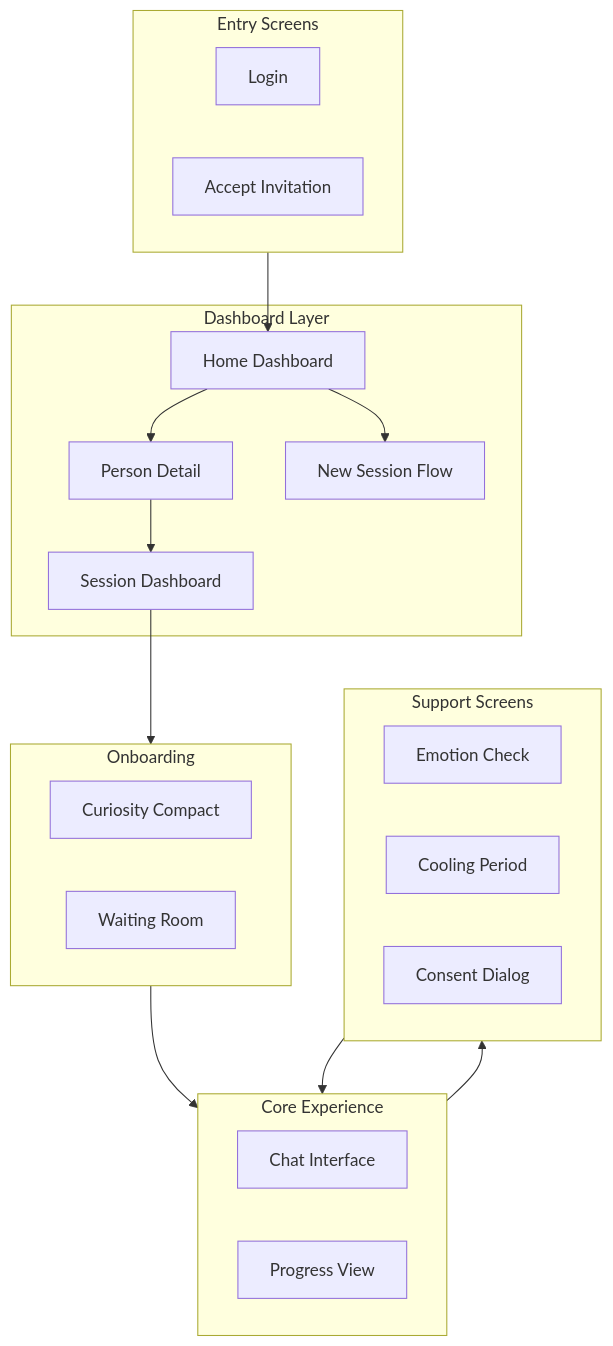
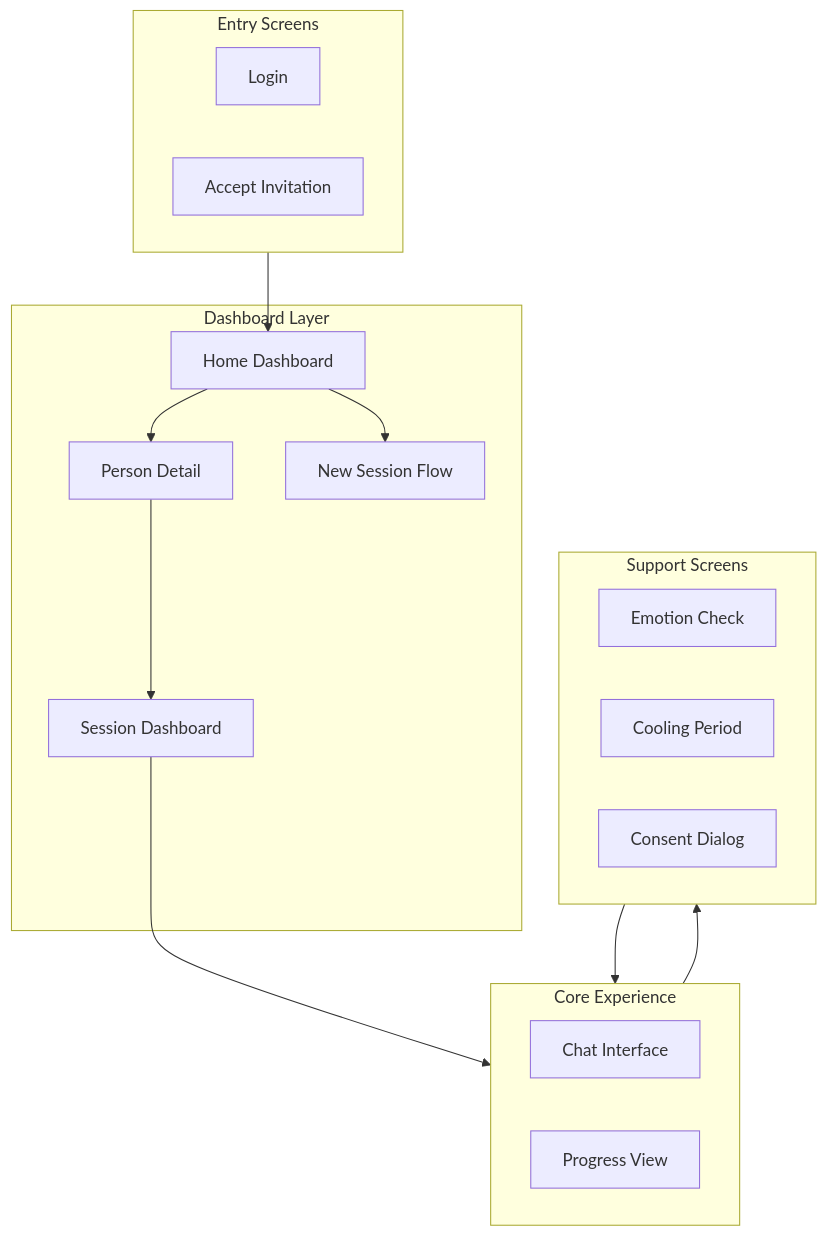
Before and after one commit to shantamg/meet-without-fear: the diagram in docs/mobile/wireframes/index.md, drawn with Mermaid. The commit also changed other lines of this file and 2 other files, not shown here.

Commit message:
docs: fix drift from 24h incremental audit (2026-04-16)
• deployment/index.md: build command npm install → npm ci (matches render.yaml)
• infrastructure/index.md: document ci.yml and render-deploy.yml workflows;
  clarify Slam Paws display name vs /opt/slam-bot/ system paths;
  note BUGS_AND_REQUESTS_CHANNEL_ID in configure-slack.sh entry
• mobile/wireframes/index.md: remove deleted Curiosity Compact + Waiting Room
  from flowchart; add Settings screens section (help, privacy, account)

````diff
--- a/docs/mobile/wireframes/index.md
+++ b/docs/mobile/wireframes/index.md
@@ -43,39 +50,33 @@
 ```mermaid
 flowchart TB
     subgraph Entry[Entry Screens]
         Login[Login]
         Accept[Accept Invitation]
     end
 
     subgraph Dashboard[Dashboard Layer]
         Home[Home Dashboard]
         PersonDetail[Person Detail]
         SessionDash[Session Dashboard]
         NewSession[New Session Flow]
-    end
-
-    subgraph Onboarding[Onboarding]
-        Compact[Curiosity Compact]
-        Wait[Waiting Room]
     end
 
     subgraph Core[Core Experience]
         Chat[Chat Interface]
         Progress[Progress View]
     end
 
     subgraph Support[Support Screens]
         Emotion[Emotion Check]
         Cooling[Cooling Period]
         Consent[Consent Dialog]
     end
 
     Entry --> Home
     Home --> PersonDetail
     Home --> NewSession
     PersonDetail --> SessionDash
-    SessionDash --> Onboarding
-    Onboarding --> Core
+    SessionDash --> Core
     Core --> Support
     Support --> Core
 ```
````
